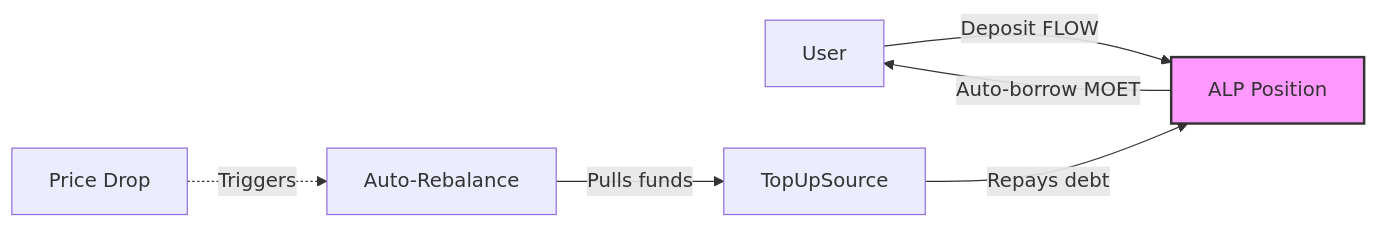
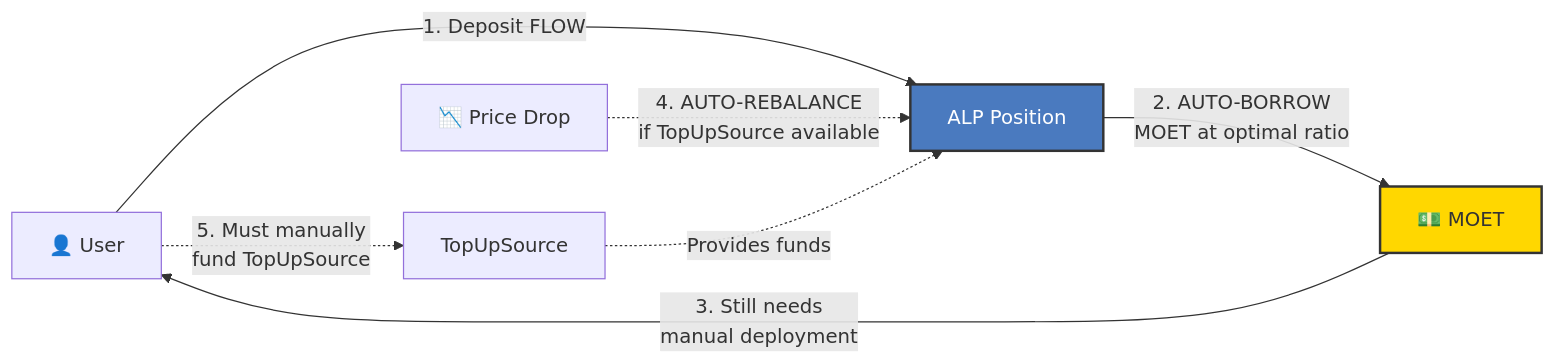
The second of 3 diagrams in docs/defi/fcm/basics.md (onflow/docs), drawn with Mermaid before and after one commit. The commit also changed other lines of this file and 12 other files, not shown here.

````diff
--- a/docs/defi/fcm/basics.md
+++ b/docs/defi/fcm/basics.md
@@ -44,11 +42,13 @@
 ```mermaid
 graph LR
-    User[User] -->|Deposit FLOW| ALP[ALP Position]
-    ALP -->|Auto-borrow MOET| User
+    User[👤 User] -->|1. Deposit FLOW| ALP[ALP Position]
+    ALP -->|2. AUTO-BORROW<br/>MOET at optimal ratio| Borrowed[💵 MOET]
+    Borrowed -->|3. Still needs<br/>manual deployment| User
 
-    Price[Price Drop] -.->|Triggers| Rebalance[Auto-Rebalance]
-    Rebalance -->|Pulls funds| Source[TopUpSource]
-    Source -->|Repays debt| ALP
+    Drop[📉 Price Drop] -.->|4. AUTO-REBALANCE<br/>if TopUpSource available| ALP
+    User -.->|5. Must manually<br/>fund TopUpSource| TopUp[TopUpSource]
+    TopUp -.->|Provides funds| ALP
 
-    style ALP fill:#f9f,stroke:#333,stroke-width:2px
+    style ALP fill:#4a7abf,stroke:#333,stroke-width:2px,color:#fff
+    style Borrowed fill:#ffd700,stroke:#333,stroke-width:2px
 ```
````
